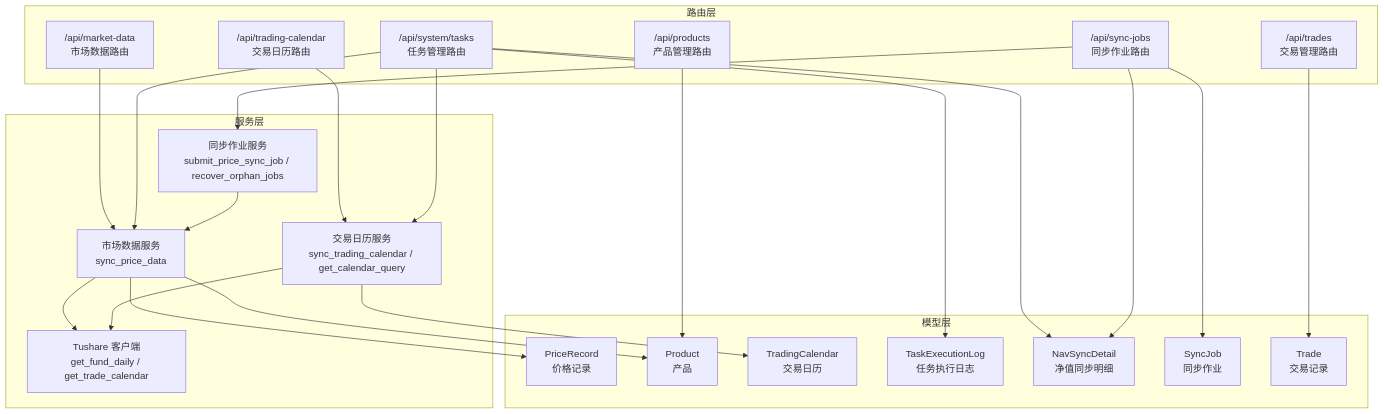
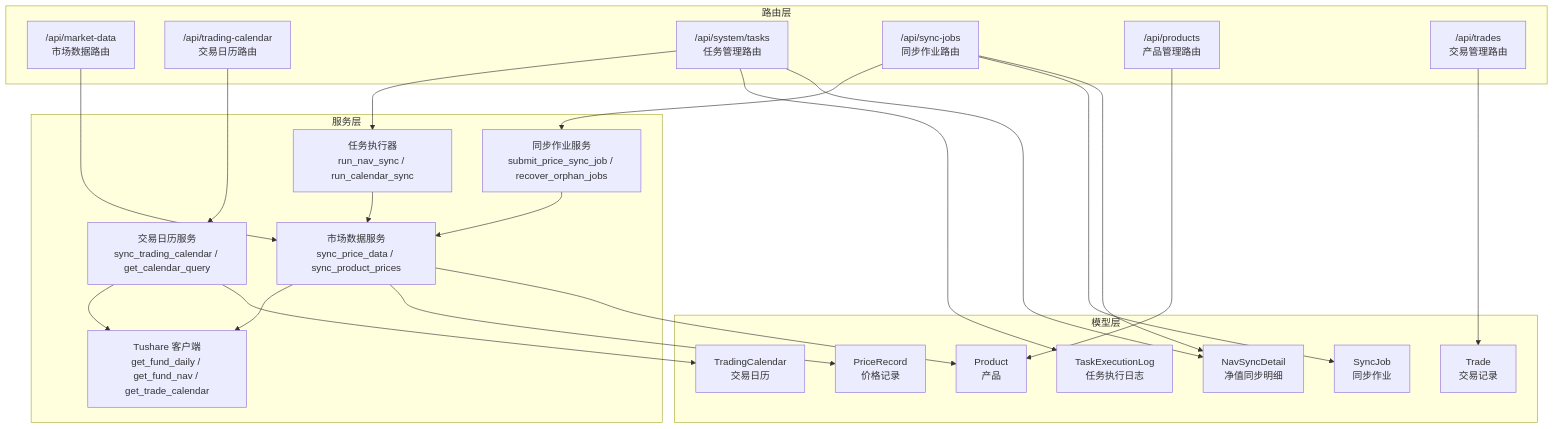
The first of 9 diagrams in .qoder/repowiki/zh/content/后端API文档/数据同步API.md (gujialind/InvestRing), drawn with Mermaid before and after one commit. The commit also changed other lines of this file and 65 other files, not shown here.

````diff
--- a/.qoder/repowiki/zh/content/后端API文档/数据同步API.md
+++ b/.qoder/repowiki/zh/content/后端API文档/数据同步API.md
@@ -71,43 +77,44 @@
 ```mermaid
 graph TB
 subgraph "路由层"
 R1["/api/market-data<br/>市场数据路由"]
 R2["/api/trading-calendar<br/>交易日历路由"]
 R3["/api/system/tasks<br/>任务管理路由"]
 R4["/api/sync-jobs<br/>同步作业路由"]
 R5["/api/products<br/>产品管理路由"]
 R6["/api/trades<br/>交易管理路由"]
 end
 subgraph "服务层"
-S1["市场数据服务<br/>sync_price_data"]
+S1["市场数据服务<br/>sync_price_data / sync_product_prices"]
 S2["交易日历服务<br/>sync_trading_calendar / get_calendar_query"]
-S3["Tushare 客户端<br/>get_fund_daily / get_trade_calendar"]
+S3["Tushare 客户端<br/>get_fund_daily / get_fund_nav / get_trade_calendar"]
 S4["同步作业服务<br/>submit_price_sync_job / recover_orphan_jobs"]
+S5["任务执行器<br/>run_nav_sync / run_calendar_sync"]
 end
 subgraph "模型层"
 M1["PriceRecord<br/>价格记录"]
 M2["Product<br/>产品"]
 M3["TradingCalendar<br/>交易日历"]
 M4["TaskExecutionLog<br/>任务执行日志"]
 M5["NavSyncDetail<br/>净值同步明细"]
 M6["SyncJob<br/>同步作业"]
 M7["Trade<br/>交易记录"]
 end
 R1 --> S1
 R2 --> S2
-R3 --> S1
-R3 --> S2
+R3 --> S5
 R4 --> S4
 R5 --> M2
 R6 --> M7
 S1 --> S3
 S2 --> S3
 S4 --> S1
+S5 --> S1
 S1 --> M1
 S1 --> M2
 S2 --> M3
 R3 --> M4
 R3 --> M5
 R4 --> M6
 R4 --> M5
 ```
````
